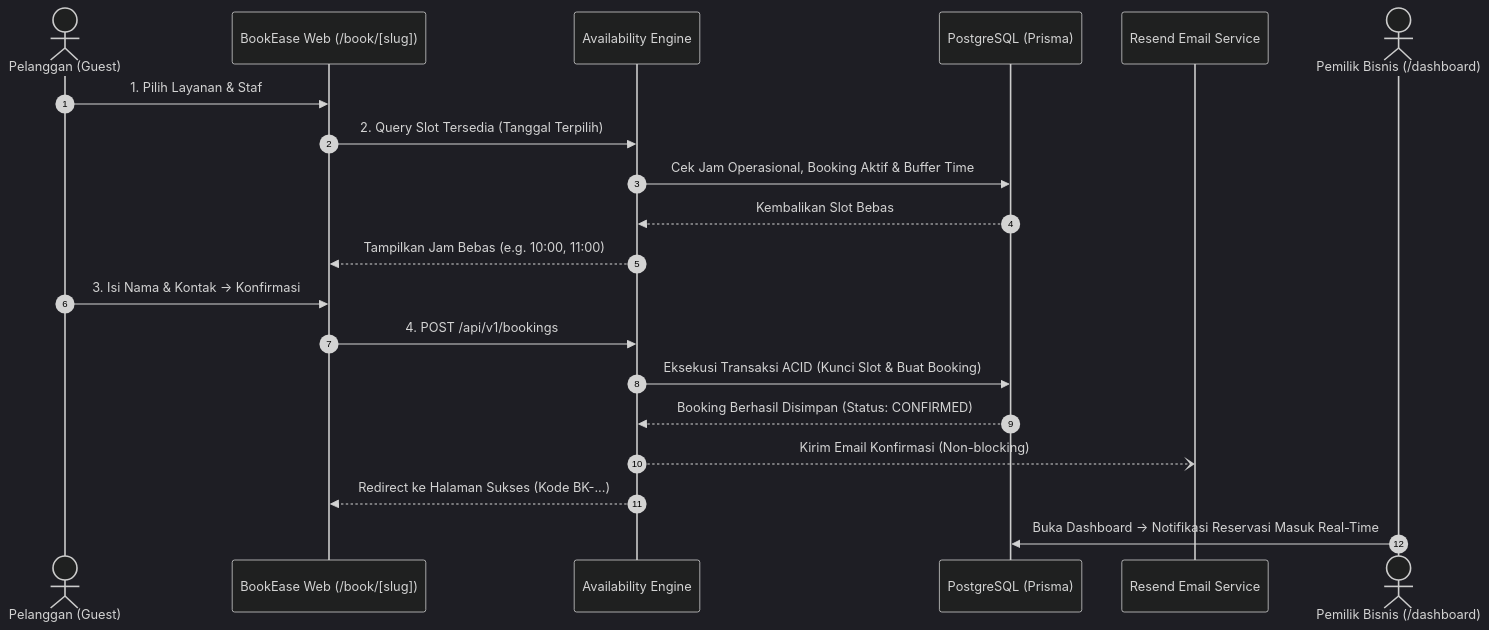
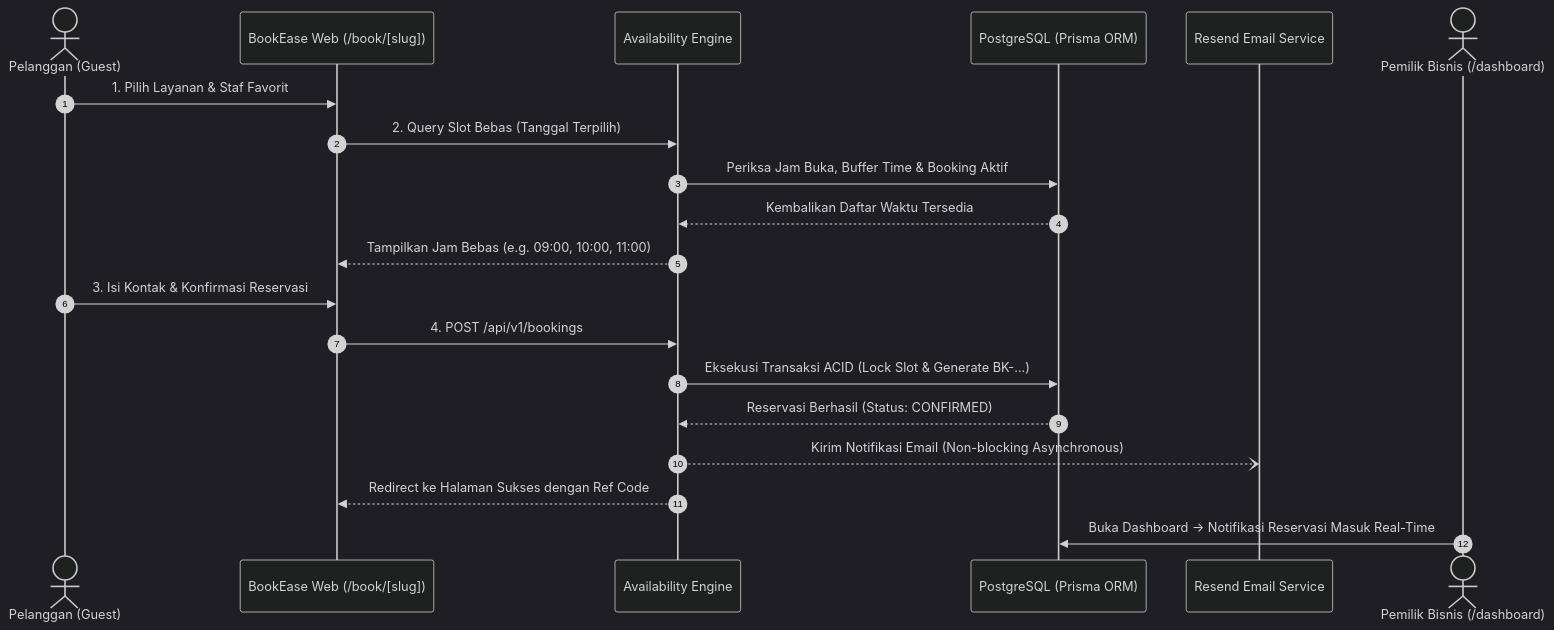
One commit to aljaffarsyah10/12-BookEase changed the diagram in README.md. Above: the diagram before and after it, drawn with Mermaid (dark theme). The commit also changed other lines of this file and 2 other files, not shown here.

````diff
--- a/README.md
+++ b/README.md
@@ -41,23 +73,23 @@
 ```mermaid
 sequenceDiagram
     autonumber
     actor Pelanggan as Pelanggan (Guest)
     participant Web as BookEase Web (/book/[slug])
     participant API as Availability Engine
-    participant DB as PostgreSQL (Prisma)
+    participant DB as PostgreSQL (Prisma ORM)
     participant Email as Resend Email Service
     actor Owner as Pemilik Bisnis (/dashboard)
 
-    Pelanggan->>Web: 1. Pilih Layanan & Staf
-    Web->>API: 2. Query Slot Tersedia (Tanggal Terpilih)
-    API->>DB: Cek Jam Operasional, Booking Aktif & Buffer Time
-    DB-->>API: Kembalikan Slot Bebas
-    API-->>Web: Tampilkan Jam Bebas (e.g. 10:00, 11:00)
-    Pelanggan->>Web: 3. Isi Nama & Kontak -> Konfirmasi
+    Pelanggan->>Web: 1. Pilih Layanan & Staf Favorit
+    Web->>API: 2. Query Slot Bebas (Tanggal Terpilih)
+    API->>DB: Periksa Jam Buka, Buffer Time & Booking Aktif
+    DB-->>API: Kembalikan Daftar Waktu Tersedia
+    API-->>Web: Tampilkan Jam Bebas (e.g. 09:00, 10:00, 11:00)
+    Pelanggan->>Web: 3. Isi Kontak & Konfirmasi Reservasi
     Web->>API: 4. POST /api/v1/bookings
-    API->>DB: Eksekusi Transaksi ACID (Kunci Slot & Buat Booking)
-    DB-->>API: Booking Berhasil Disimpan (Status: CONFIRMED)
-    API--)Email: Kirim Email Konfirmasi (Non-blocking)
-    API-->>Web: Redirect ke Halaman Sukses (Kode BK-...)
+    API->>DB: Eksekusi Transaksi ACID (Lock Slot & Generate BK-...)
+    DB-->>API: Reservasi Berhasil (Status: CONFIRMED)
+    API--)Email: Kirim Notifikasi Email (Non-blocking Asynchronous)
+    API-->>Web: Redirect ke Halaman Sukses dengan Ref Code
     Owner->>DB: Buka Dashboard -> Notifikasi Reservasi Masuk Real-Time
 ```
````
